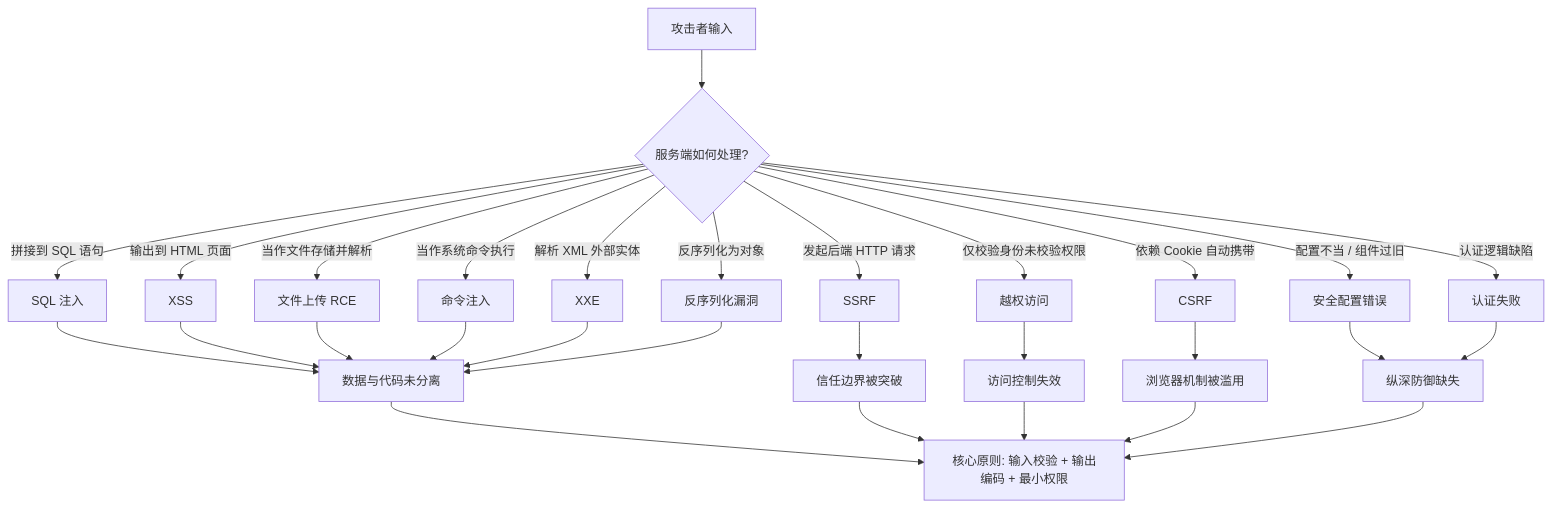
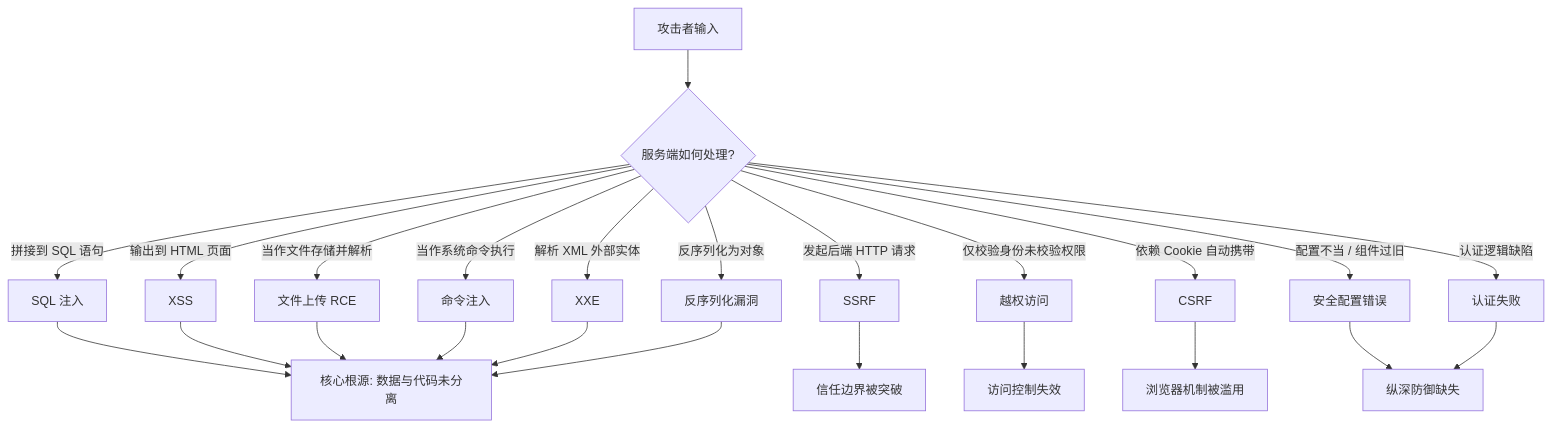
The first of 11 diagrams in src/content/blog/web-security-interview-notes.md (J1syan/J1syan.github.io), drawn with Mermaid before and after one commit.

Commit message:
fix: 简化第一张全景图结构，移除双层汇聚
去除 N1/N2/N3/N4/N5 到 S 的第二层汇聚，改为两层结构:
扇出(10个漏洞) -> 归类(5个根因)，避免 dagre 引擎布局失败

🤖 Generated with [Qoder][https://qoder.com]

````diff
--- a/src/content/blog/web-security-interview-notes.md
+++ b/src/content/blog/web-security-interview-notes.md
@@ -17,35 +17,29 @@
 ```mermaid
 graph TD
     A["攻击者输入"] --> B{"服务端如何处理?"}
 
     B -->|"拼接到 SQL 语句"| C["SQL 注入"]
     B -->|"输出到 HTML 页面"| D["XSS"]
     B -->|"当作文件存储并解析"| E["文件上传 RCE"]
     B -->|"发起后端 HTTP 请求"| F["SSRF"]
     B -->|"当作系统命令执行"| G["命令注入"]
     B -->|"解析 XML 外部实体"| H["XXE"]
     B -->|"反序列化为对象"| I["反序列化漏洞"]
     B -->|"仅校验身份未校验权限"| J["越权访问"]
     B -->|"依赖 Cookie 自动携带"| K["CSRF"]
     B -->|"配置不当 / 组件过旧"| L["安全配置错误"]
     B -->|"认证逻辑缺陷"| M["认证失败"]
 
-    C --> N1["数据与代码未分离"]
-    D --> N1
-    E --> N1
-    G --> N1
-    H --> N1
-    I --> N1
+    C --> N["核心根源: 数据与代码未分离"]
+    D --> N
+    E --> N
+    G --> N
+    H --> N
+    I --> N
 
-    F --> N2["信任边界被突破"]
-    J --> N3["访问控制失效"]
-    K --> N4["浏览器机制被滥用"]
-    L --> N5["纵深防御缺失"]
-    M --> N5
-
-    N1 --> S["核心原则: 输入校验 + 输出编码 + 最小权限"]
-    N2 --> S
-    N3 --> S
-    N4 --> S
-    N5 --> S
+    F --> O["信任边界被突破"]
+    J --> P["访问控制失效"]
+    K --> Q["浏览器机制被滥用"]
+    L --> R["纵深防御缺失"]
+    M --> R
 ```
````
